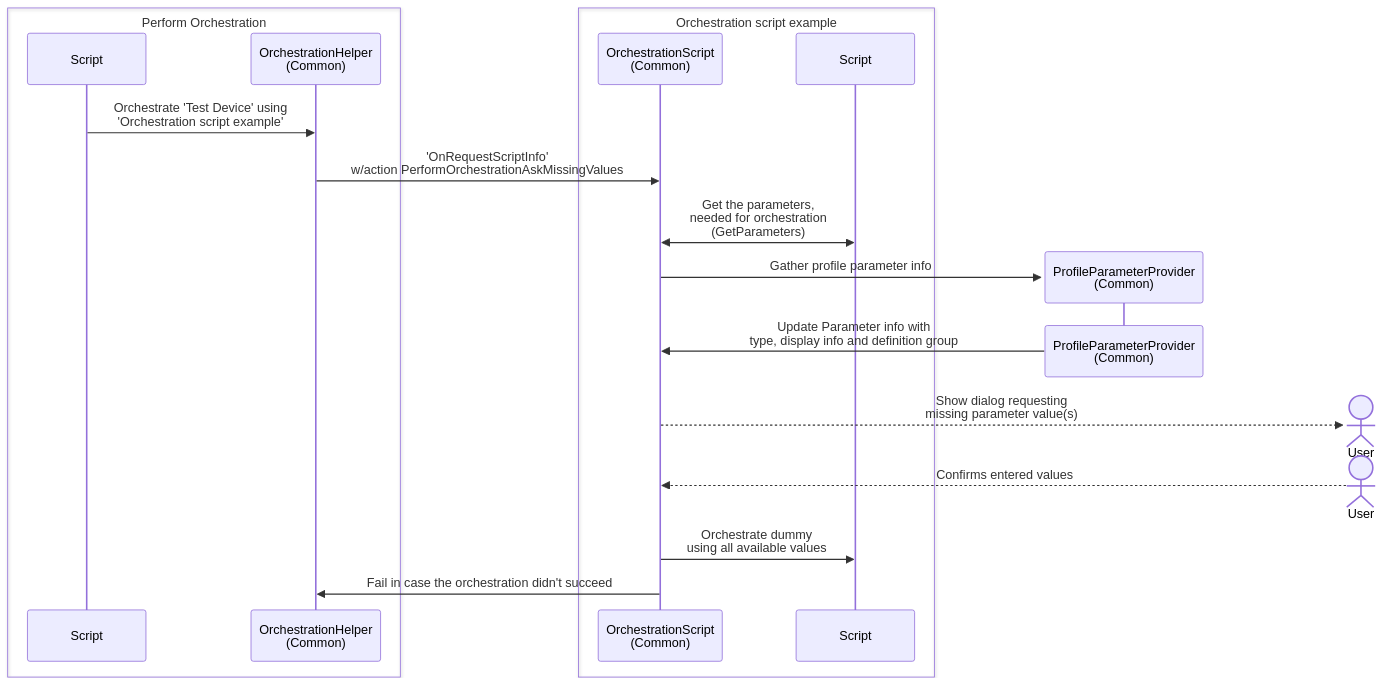
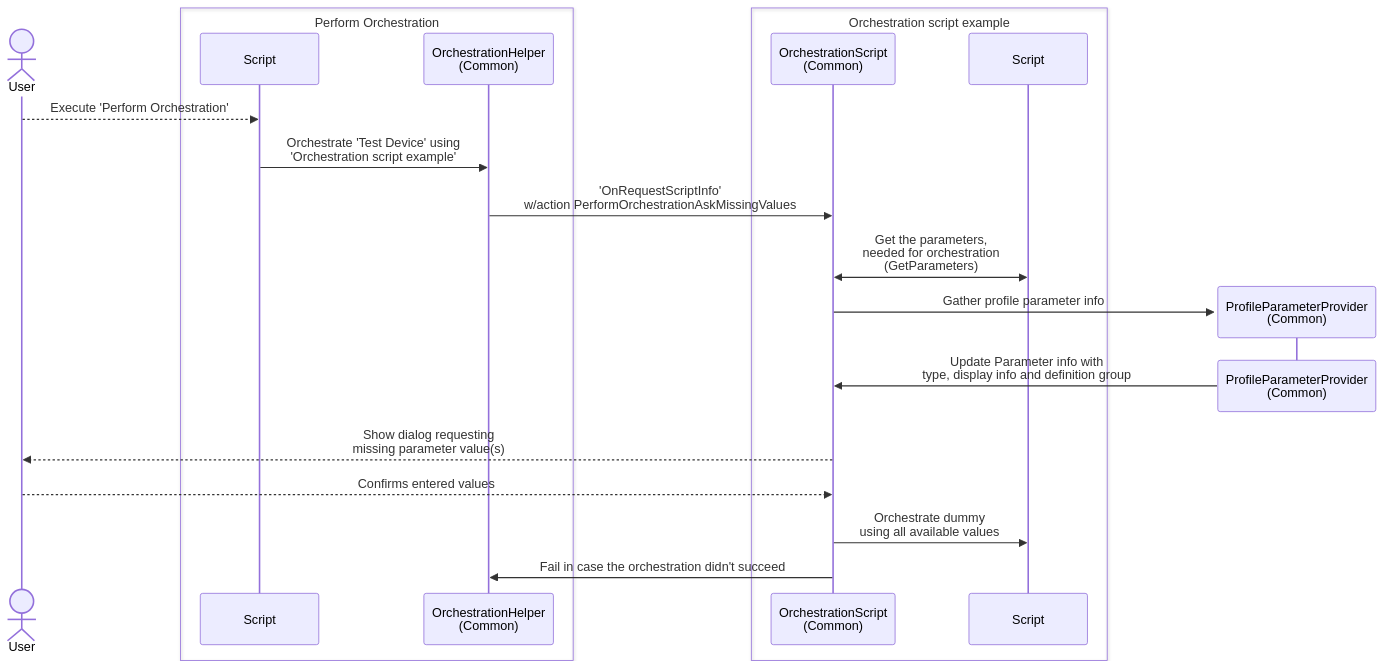
Before and after one commit to SkylineCommunications/SLC-S-OrchestrationHelperExample: the third of 3 diagrams in README.md, drawn with Mermaid. The commit also changed other lines of this file and 1 other file, not shown here.

````diff
--- a/README.md
+++ b/README.md
@@ -153,32 +151,33 @@
 ```mermaid
 sequenceDiagram
+  actor U as User
   box Perform Orchestration
   participant PO as Script
   participant H as OrchestrationHelper<br/>(Common)
   end
   
+  U -->> PO: Execute 'Perform Orchestration'
+
   PO ->> H: Orchestrate 'Test Device' using <br>'Orchestration script example'
 
   box Orchestration script example
   participant O as OrchestrationScript<br/>(Common)
   participant E as Script
   end
 
   H ->> O: 'OnRequestScriptInfo'<br>w/action PerformOrchestrationAskMissingValues
   
   O <<->> E: Get the parameters,<br/>needed for orchestration<br/>(GetParameters)
 
   create participant P as ProfileParameterProvider<br/>(Common)  
   O ->> P: Gather profile parameter info 
   destroy P
   P ->> O: Update Parameter info with<br/>type, display info and definition group
 
-  create actor U as User
   O -->> U: Show dialog requesting<br/>missing parameter value(s)
-  destroy U
   U -->> O: Confirms entered values  
   
   O ->> E: Orchestrate dummy<br/>using all available values
 
   O ->> H: Fail in case the orchestration didn't succeed
 ```
````
